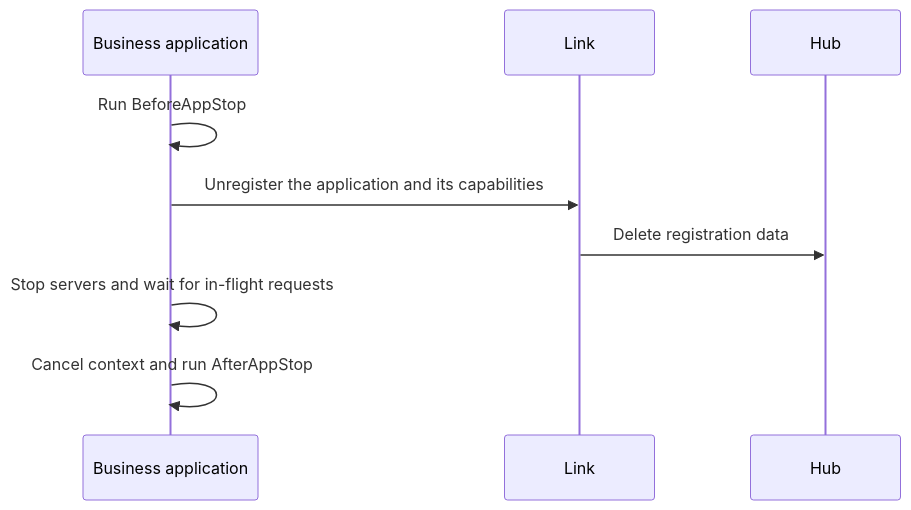
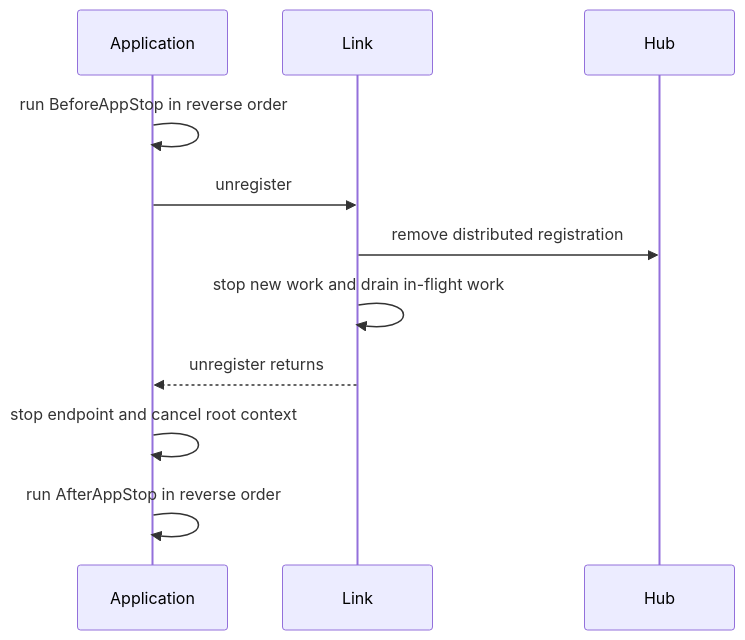
Before and after one commit to yorun-ai/vine-site: the third of 3 diagrams in docs/runtime/mechanisms.md, drawn with Mermaid. The commit also changed other lines of this file and 95 other files, not shown here.

````diff
--- a/docs/runtime/mechanisms.md
+++ b/docs/runtime/mechanisms.md
@@ -46,11 +202,14 @@
 ```mermaid
 sequenceDiagram
-  participant App as Business application
+  participant App as Application
   participant RuntimeLink as Link
   participant Hub
-  App->>App: Run BeforeAppStop
-  App->>RuntimeLink: Unregister the application and its capabilities
-  RuntimeLink->>Hub: Delete registration data
-  App->>App: Stop servers and wait for in-flight requests
-  App->>App: Cancel context and run AfterAppStop
+
+  App->>App: run BeforeAppStop in reverse order
+  App->>RuntimeLink: unregister
+  RuntimeLink->>Hub: remove distributed registration
+  RuntimeLink->>RuntimeLink: stop new work and drain in-flight work
+  RuntimeLink-->>App: unregister returns
+  App->>App: stop endpoint and cancel root context
+  App->>App: run AfterAppStop in reverse order
 ```
````
